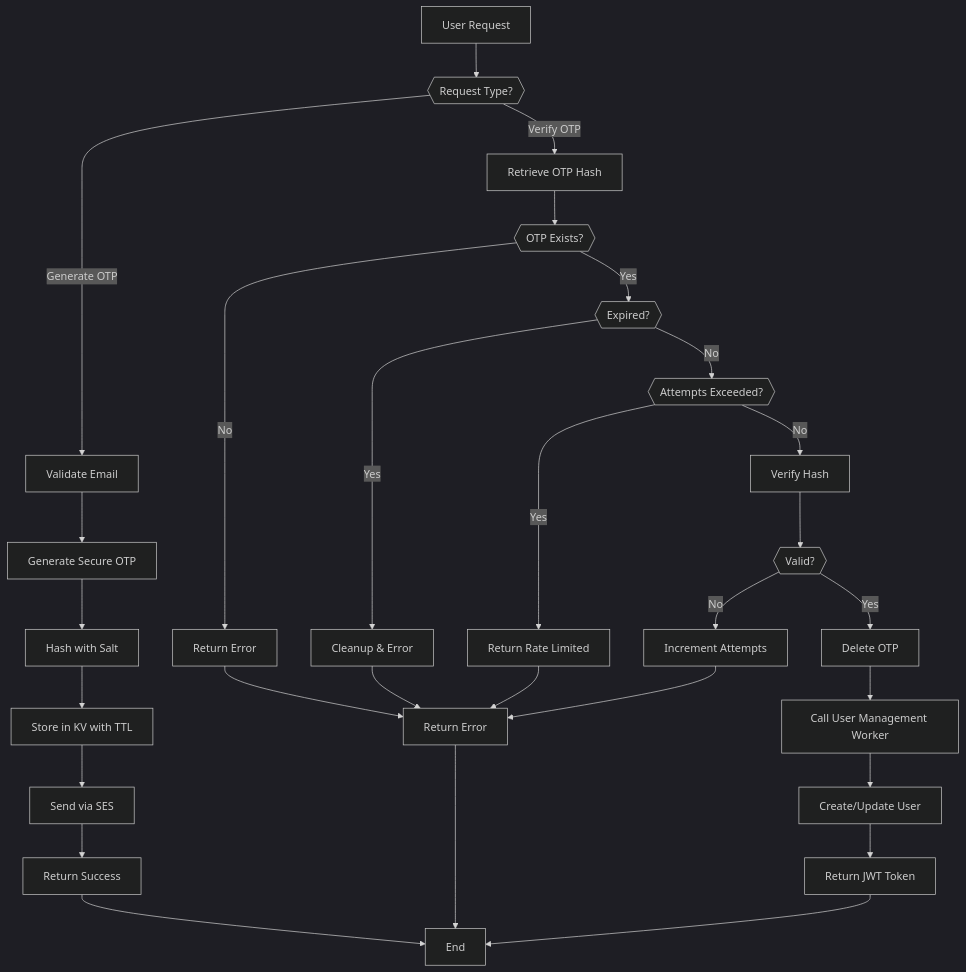
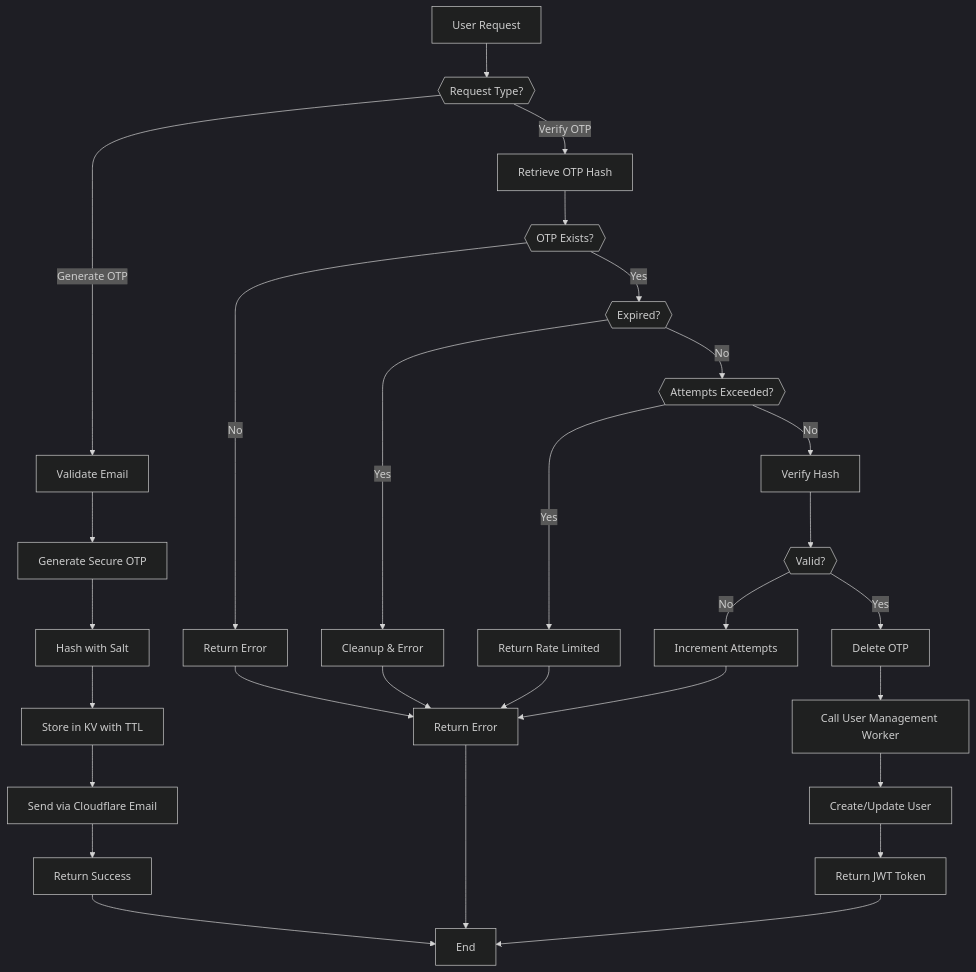
One commit to NolanFoster/seasoned-app changed the fourth of 6 diagrams in auth-worker/ARCHITECTURE.md. Above: the diagram before and after it, drawn with Mermaid (dark theme). The commit also changed other lines of this file and 20 other files, not shown here.

Commit message:
Migrate auth-worker email sending to Cloudflare send_email

````diff
--- a/auth-worker/ARCHITECTURE.md
+++ b/auth-worker/ARCHITECTURE.md
@@ -164,36 +164,36 @@
 ```mermaid
 flowchart TD
     A[User Request] --> B{{Request Type?}}
     
     B -->|Generate OTP| C[Validate Email]
     B -->|Verify OTP| D[Retrieve OTP Hash]
     
     C --> E[Generate Secure OTP]
     E --> F[Hash with Salt]
     F --> G[Store in KV with TTL]
-    G --> H[Send via SES]
+    G --> H[Send via Cloudflare Email]
     H --> I[Return Success]
     
     D --> J{{OTP Exists?}}
     J -->|No| K[Return Error]
     J -->|Yes| L{{Expired?}}
     L -->|Yes| M[Cleanup & Error]
     L -->|No| N{{Attempts Exceeded?}}
     N -->|Yes| O[Return Rate Limited]
     N -->|No| P[Verify Hash]
     P --> Q{{Valid?}}
     Q -->|No| R[Increment Attempts]
     Q -->|Yes| S[Delete OTP]
     S --> T[Call User Management Worker]
     T --> U[Create/Update User]
     U --> V[Return JWT Token]
     
     R --> W[Return Error]
     M --> W
     O --> W
     K --> W
     
     I --> X[End]
     V --> X
     W --> X
 ```
````
